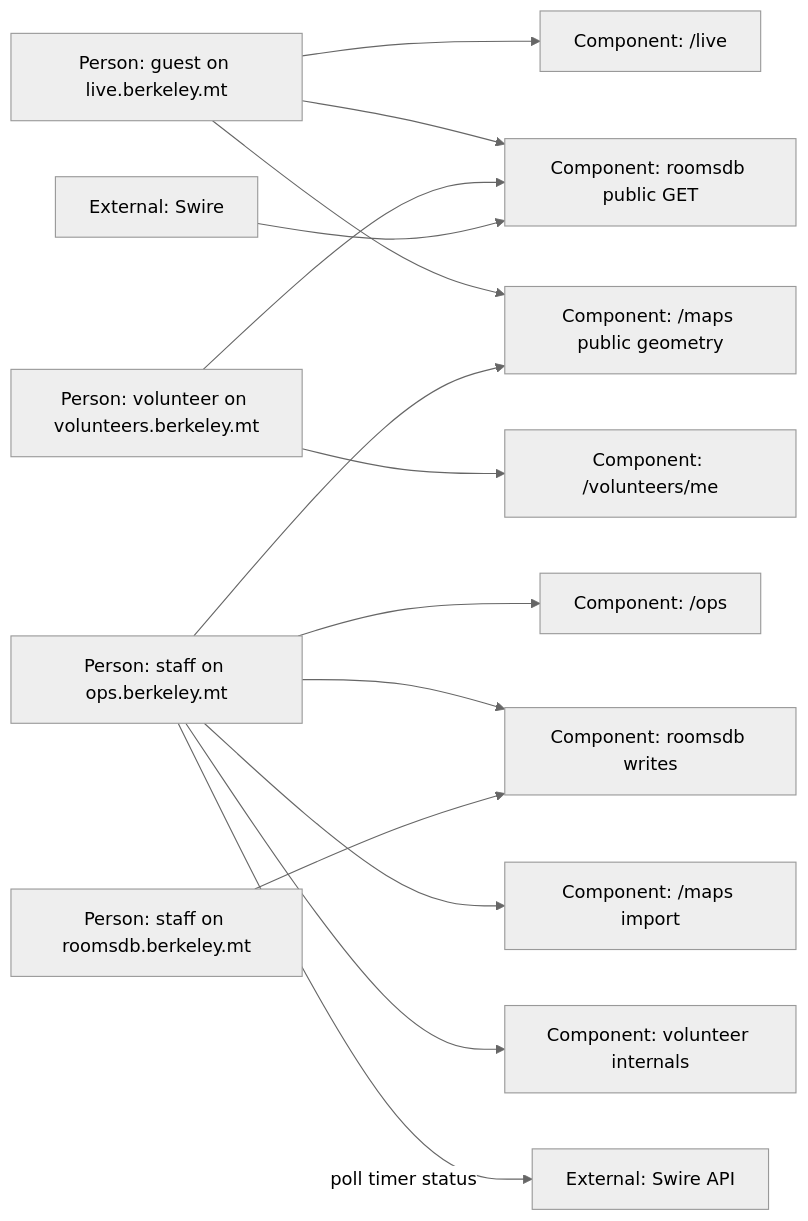
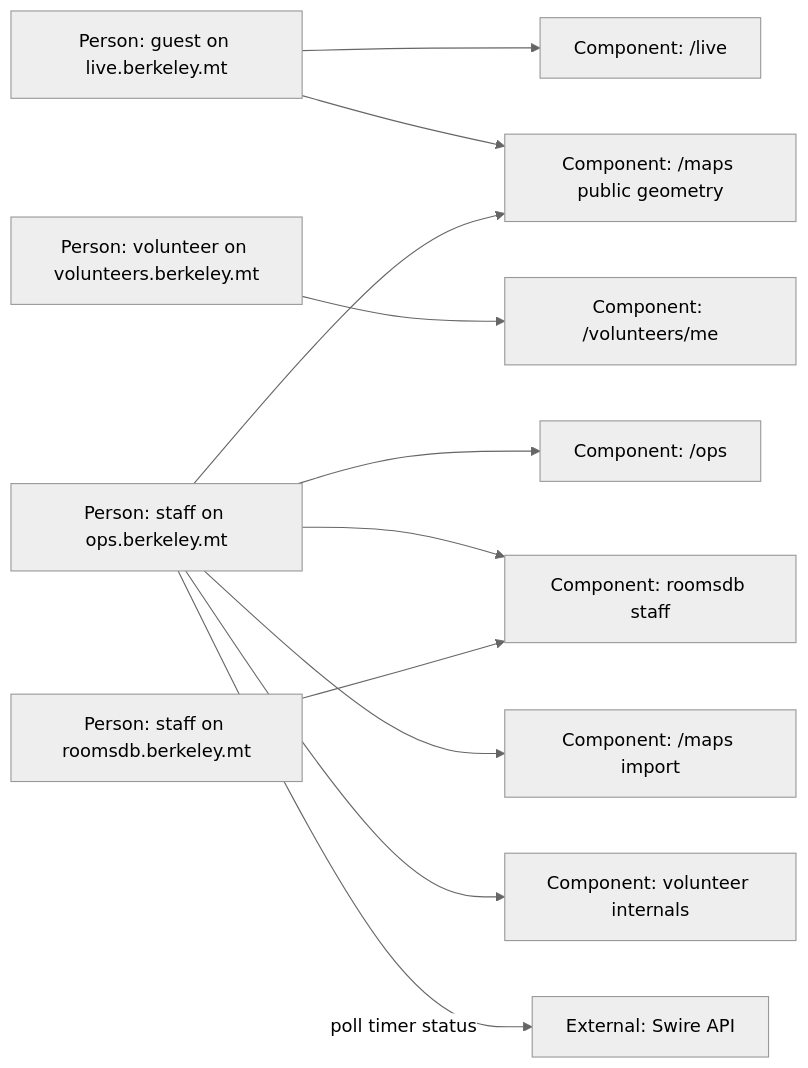
The second of 2 diagrams in specs/2026-08-24-api-c3.md (tri2k/room-allocations-demo), drawn with Mermaid before and after one commit. The commit also changed other lines of this file and 4 other files, not shown here.

````diff
--- a/specs/2026-08-24-api-c3.md
+++ b/specs/2026-08-24-api-c3.md
@@ -79,31 +75,26 @@
 ```mermaid
 %%{init: {"theme": "neutral"}}%%
 flowchart LR
   liveHost["Person: guest on live.berkeley.mt"]
   volHost["Person: volunteer on volunteers.berkeley.mt"]
   staffOps["Person: staff on ops.berkeley.mt"]
   staffRooms["Person: staff on roomsdb.berkeley.mt"]
-  swireExt["External: Swire"]
-  roomsdbPublic["Component: roomsdb public GET"]
-  roomsdbStaff["Component: roomsdb writes"]
+  roomsdbStaff["Component: roomsdb staff"]
   mapsPublic["Component: /maps public geometry"]
   mapsStaff["Component: /maps import"]
   opsAll["Component: /ops"]
   volMe["Component: /volunteers/me"]
   volInternal["Component: volunteer internals"]
   liveAll["Component: /live"]
   swireApi["External: Swire API"]
   liveHost --> liveAll
-  liveHost --> roomsdbPublic
   liveHost --> mapsPublic
   volHost --> volMe
-  volHost --> roomsdbPublic
   staffOps --> opsAll
   staffOps --> roomsdbStaff
   staffOps --> mapsPublic
   staffOps --> mapsStaff
   staffOps --> volInternal
   staffOps -->|"poll timer status"| swireApi
   staffRooms --> roomsdbStaff
-  swireExt --> roomsdbPublic
 ```
````
